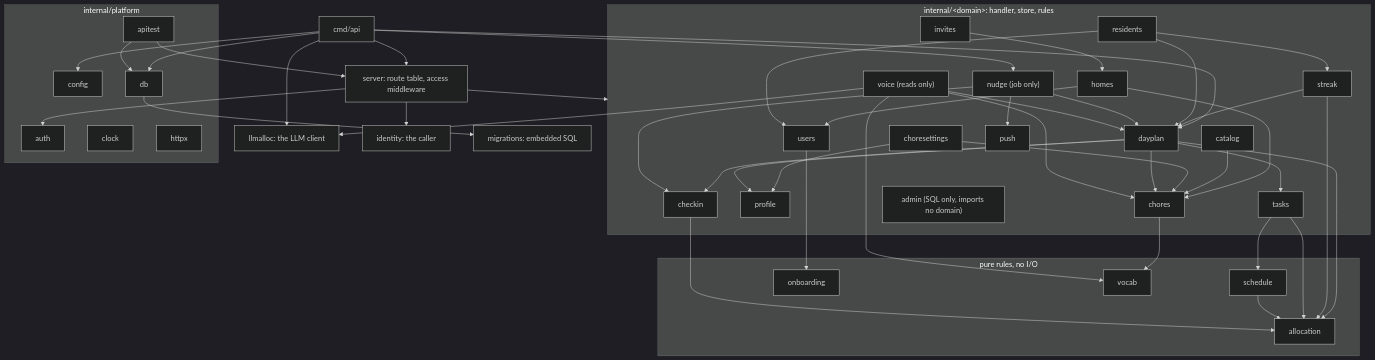
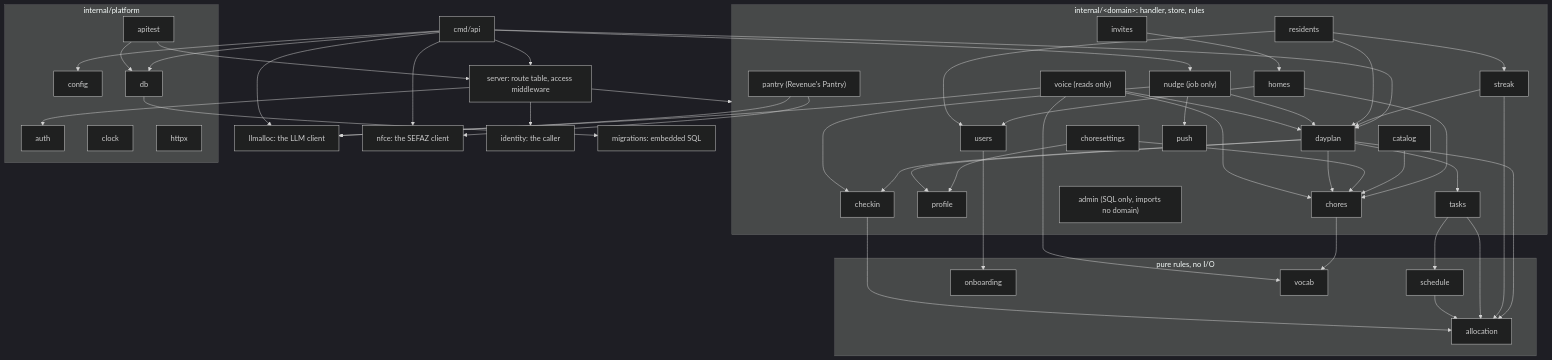
Before and after one commit to AbnerWillclefy/Homeowner: the first of 7 diagrams in docs/architecture/backend.md, drawn with Mermaid (dark theme). The commit also changed other lines of this file and 8 other files, not shown here.

Commit message:
docs(pantry): describe the Pantry in architecture docs and glossary

```diff
--- a/docs/architecture/backend.md
+++ b/docs/architecture/backend.md
@@ -56,9 +56,11 @@
         admin["admin (SQL only, imports no domain)"]
         nudge["nudge (job only)"]
         voice["voice (reads only)"]
+        pantry["pantry (Revenue's Pantry)"]
     end
 
     llm["llmalloc: the LLM client"]
+    nfce["nfce: the SEFAZ client"]
 
     subgraph pure["pure rules, no I/O"]
         alloc["allocation"]
@@ -116,7 +118,10 @@
     voice --> dayplan
     voice --> vocab
     voice --> llm
+    pantry --> llm
+    pantry --> nfce
     main --> llm
+    main --> nfce
     db --> mig
     apitest --> server
     apitest --> db
```
